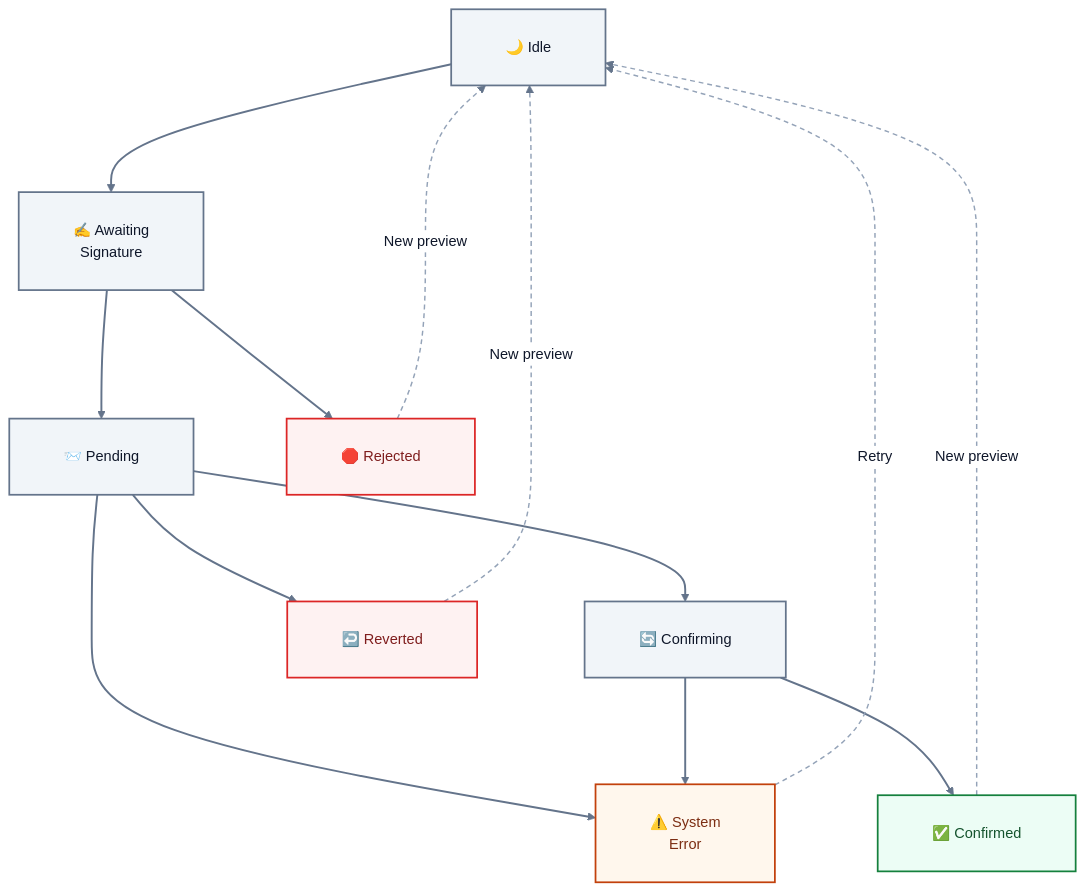
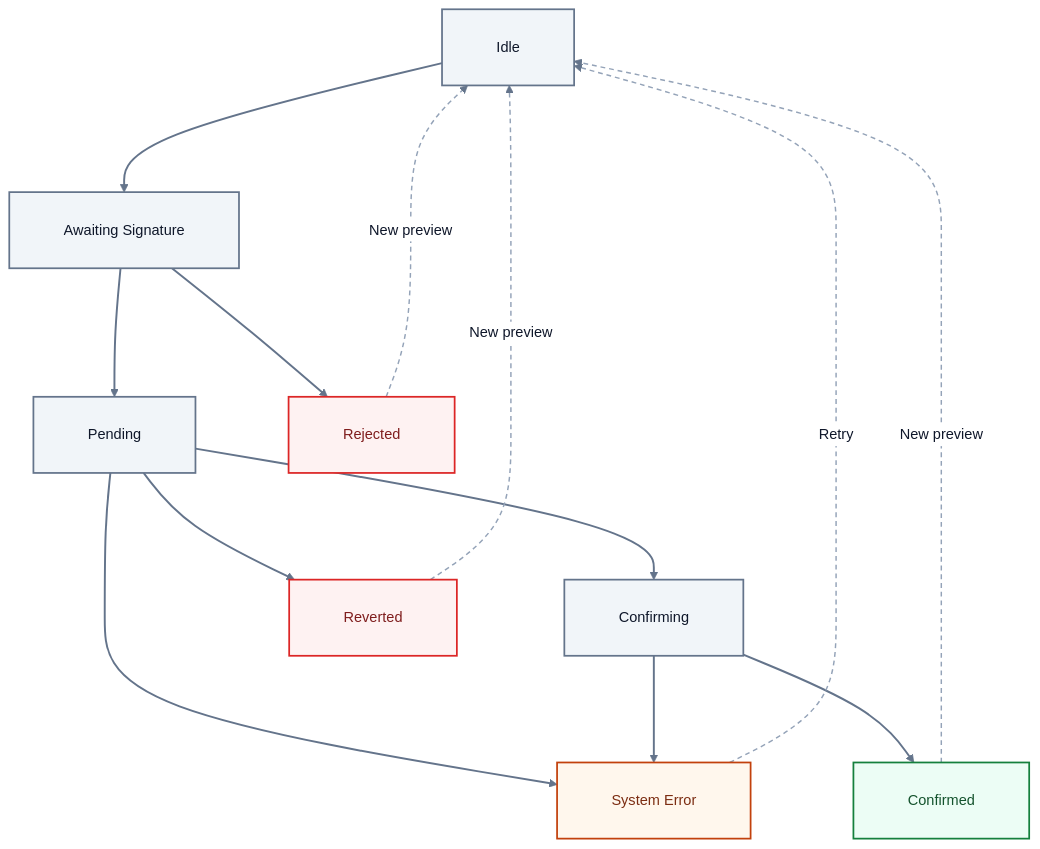
The third of 8 diagrams in README.md (sunshineluyao/Moss-Mcp-Transaction), drawn with Mermaid before and after one commit. The commit also changed other lines of this file and 1 other file, not shown here.

Commit message:
docs: harden Mermaid labels for GitHub rendering

````diff
--- a/README.md
+++ b/README.md
@@ -337,30 +337,30 @@
 ```mermaid
 %%{init: {'theme':'base','flowchart': {'htmlLabels': true, 'nodeSpacing': 96, 'rankSpacing': 110, 'curve': 'basis', 'padding': 28, 'diagramPadding': 24, 'wrappingWidth': 260},'themeVariables': {'fontFamily':'Inter, Segoe UI, sans-serif','fontSize':'15px','primaryTextColor':'#0f172a','lineColor':'#64748b','clusterBkg':'#f8fafc','clusterBorder':'#cbd5e1','edgeLabelBackground':'#ffffff','primaryBorderColor':'#2563eb','primaryColor':'#eff6ff'}}}%%
 flowchart TB
-  Idle["🌙 Idle"] --> Awaiting["✍️ Awaiting<br/>Signature"]
-  Awaiting --> Pending["📨 Pending"]
-  Awaiting --> Rejected["🛑 Rejected"]
+  Idle["Idle"] --> Awaiting["Awaiting Signature"]
+  Awaiting --> Pending["Pending"]
+  Awaiting --> Rejected["Rejected"]
 
-  Pending --> Confirming["🔄 Confirming"]
-  Confirming --> Confirmed["✅ Confirmed"]
-  Pending --> Reverted["↩️ Reverted"]
-  Pending --> SystemError["⚠️ System<br/>Error"]
+  Pending --> Confirming["Confirming"]
+  Confirming --> Confirmed["Confirmed"]
+  Pending --> Reverted["Reverted"]
+  Pending --> SystemError["System Error"]
   Confirming --> SystemError
 
   Rejected -.->|New preview| Idle
   Reverted -.->|New preview| Idle
   SystemError -.->|Retry| Idle
   Confirmed -.->|New preview| Idle
 
   classDef neutral fill:#f1f5f9,stroke:#64748b,stroke-width:1.8px,color:#0f172a;
   classDef success fill:#ecfdf5,stroke:#15803d,stroke-width:1.8px,color:#14532d;
   classDef danger fill:#fef2f2,stroke:#dc2626,stroke-width:1.8px,color:#7f1d1d;
   classDef warn fill:#fff7ed,stroke:#c2410c,stroke-width:1.8px,color:#7c2d12;
 
   class Idle,Awaiting,Pending,Confirming neutral;
   class Confirmed success;
   class Rejected,Reverted danger;
   class SystemError warn;
   linkStyle 8,9,10,11 stroke:#94a3b8,stroke-width:1.5px,stroke-dasharray:5 4;
   linkStyle default stroke:#64748b,stroke-width:2px;
 ```
````
